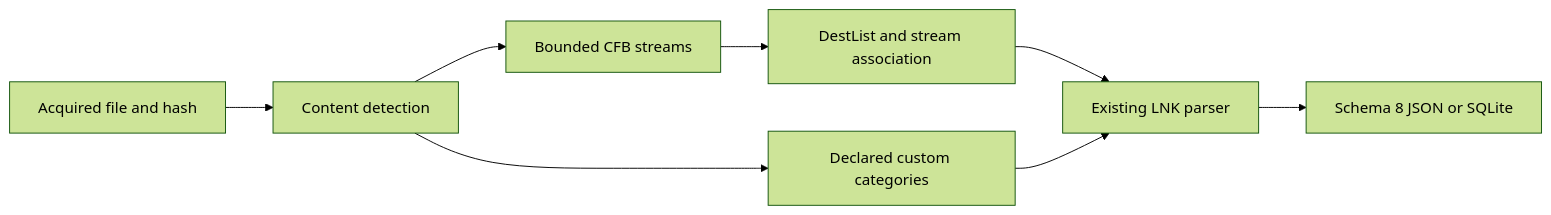
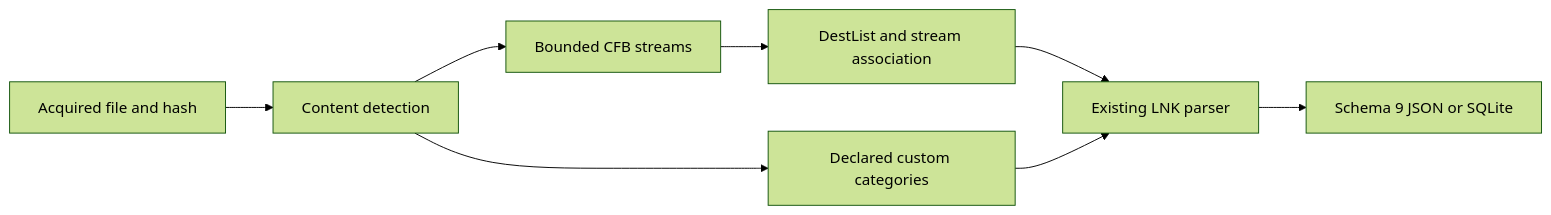
Before and after one commit to polynomeer/plaintrace: the diagram in docs/JUMP_LISTS_CLI.ko.md, drawn with Mermaid (forest theme). The commit also changed other lines of this file and 25 other files, not shown here.

````diff
--- a/docs/JUMP_LISTS_CLI.ko.md
+++ b/docs/JUMP_LISTS_CLI.ko.md
@@ -61,10 +63,10 @@
 ```mermaid
 flowchart LR
   Input[Acquired file and hash] --> Detect[Content detection]
   Detect --> CFB[Bounded CFB streams]
   Detect --> Custom[Declared custom categories]
   CFB --> Dest[DestList and stream association]
   Dest --> LNK[Existing LNK parser]
   Custom --> LNK
-  LNK --> Report[Schema 8 JSON or SQLite]
+  LNK --> Report[Schema 9 JSON or SQLite]
 ```
````
